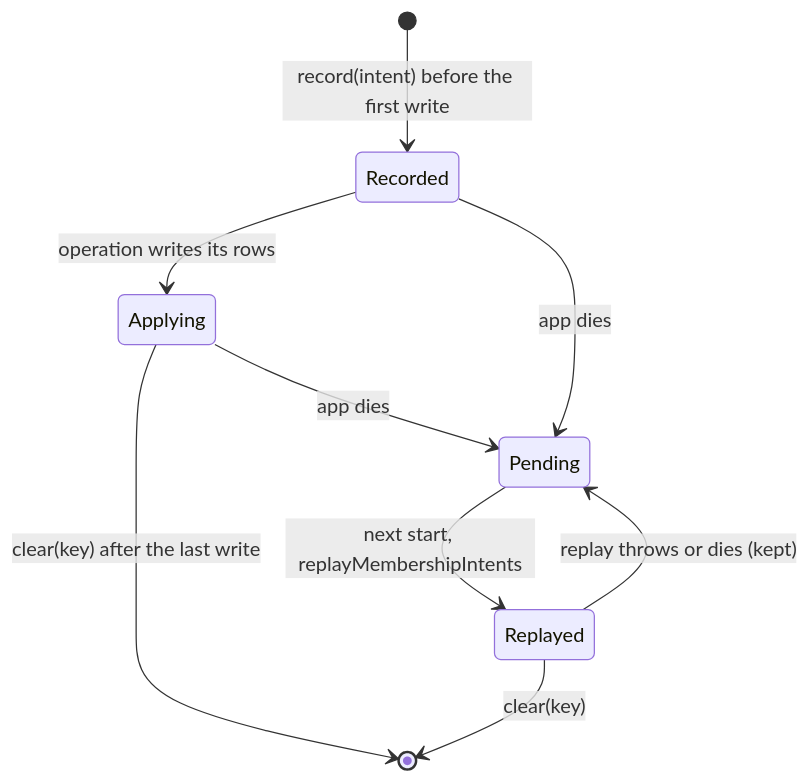
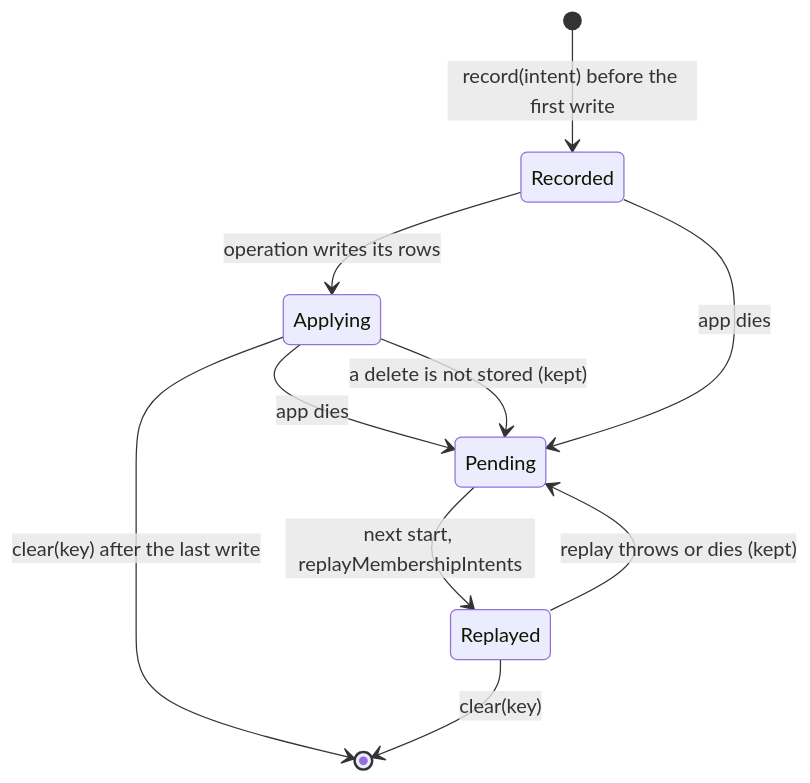
One commit to matthiasn/lotti changed the third of 5 diagrams in knowledge/features/tasks/checklists.md. Above: the diagram before and after it, drawn with Mermaid. The commit also changed other lines of this file and 43 other files, not shown here.

````diff
--- a/knowledge/features/tasks/checklists.md
+++ b/knowledge/features/tasks/checklists.md
@@ -150,11 +153,12 @@
 ```mermaid
 stateDiagram-v2
   [*] --> Recorded: record(intent) before the first write
   Recorded --> Applying: operation writes its rows
   Applying --> [*]: clear(key) after the last write
   Applying --> Pending: app dies
+  Applying --> Pending: a delete is not stored (kept)
   Recorded --> Pending: app dies
   Pending --> Replayed: next start, replayMembershipIntents
   Replayed --> [*]: clear(key)
   Replayed --> Pending: replay throws or dies (kept)
 ```
````
